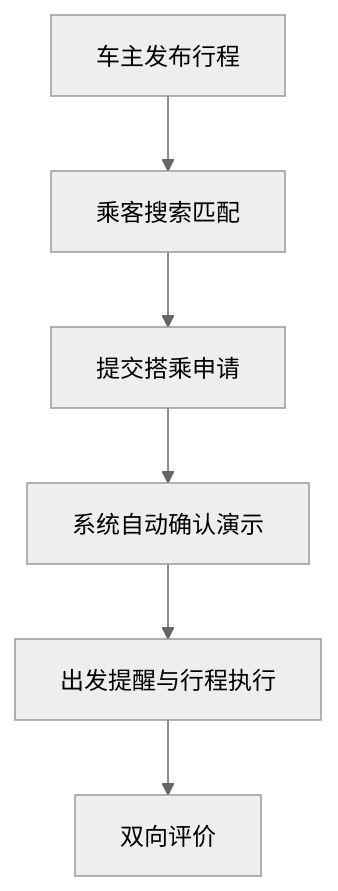
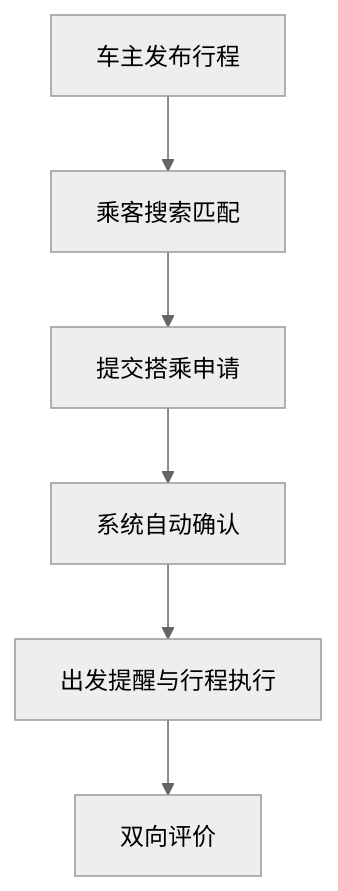
Before and after one commit to xuaunan/xiaochengxu: the third of 5 diagrams in docs/architecture.md, drawn with Mermaid (neutral theme). The commit also changed other lines of this file and 224 other files, not shown here.

````diff
--- a/docs/architecture.md
+++ b/docs/architecture.md
@@ -39,8 +39,8 @@
 ```mermaid
 flowchart TD
   O[车主发布行程] --> M[乘客搜索匹配]
   M --> R[提交搭乘申请]
-  R --> OK[系统自动确认演示]
+  R --> OK[系统自动确认]
   OK --> T[出发提醒与行程执行]
   T --> EV[双向评价]
 ```
````
